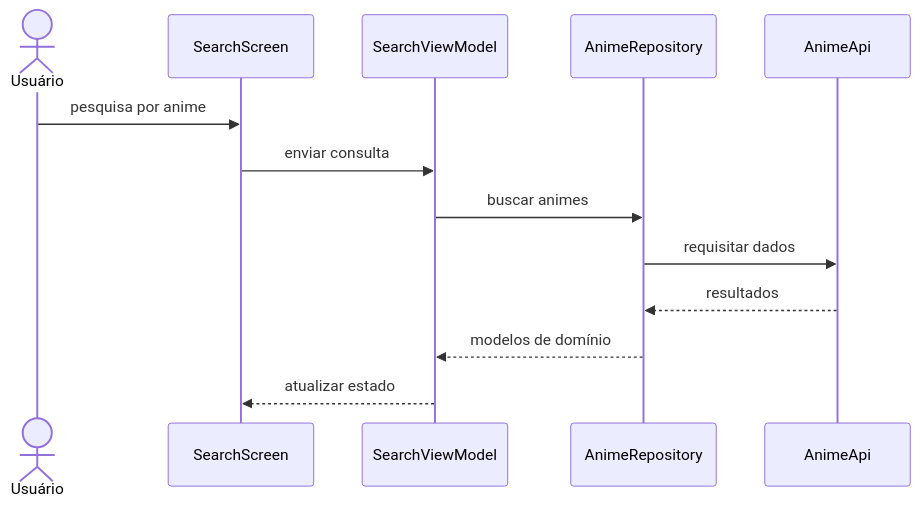
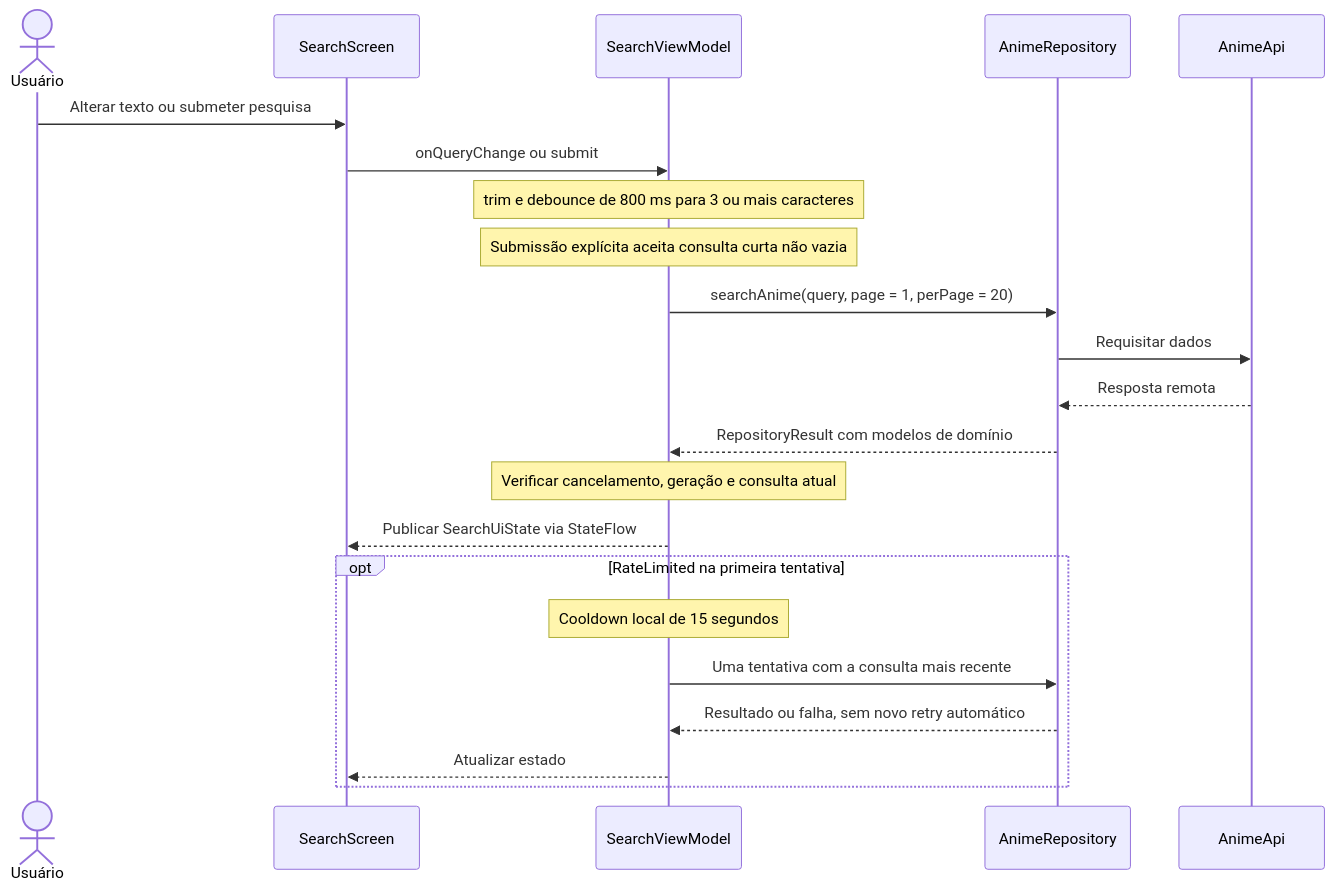
The sixth of 10 diagrams in docs/modelagem.md (Drufontael/mykytadu-app), drawn with Mermaid before and after one commit. The commit also changed other lines of this file and 23 other files, not shown here.

First line of the commit message:
feat(search): implement first functional anime search

````diff
--- a/docs/modelagem.md
+++ b/docs/modelagem.md
@@ -689,16 +691,25 @@
 ```mermaid
 sequenceDiagram
     actor User as Usuário
     participant UI as SearchScreen
     participant VM as SearchViewModel
     participant Repo as AnimeRepository
     participant API as AnimeApi
 
-    User->>UI: pesquisa por anime
-    UI->>VM: enviar consulta
-    VM->>Repo: buscar animes
-    Repo->>API: requisitar dados
-    API-->>Repo: resultados
-    Repo-->>VM: modelos de domínio
-    VM-->>UI: atualizar estado
+    User->>UI: Alterar texto ou submeter pesquisa
+    UI->>VM: onQueryChange ou submit
+    Note over VM: trim e debounce de 800 ms para 3 ou mais caracteres
+    Note over VM: Submissão explícita aceita consulta curta não vazia
+    VM->>Repo: searchAnime(query, page = 1, perPage = 20)
+    Repo->>API: Requisitar dados
+    API-->>Repo: Resposta remota
+    Repo-->>VM: RepositoryResult com modelos de domínio
+    Note over VM: Verificar cancelamento, geração e consulta atual
+    VM-->>UI: Publicar SearchUiState via StateFlow
+    opt RateLimited na primeira tentativa
+        Note over VM: Cooldown local de 15 segundos
+        VM->>Repo: Uma tentativa com a consulta mais recente
+        Repo-->>VM: Resultado ou falha, sem novo retry automático
+        VM-->>UI: Atualizar estado
+    end
 ```
````
